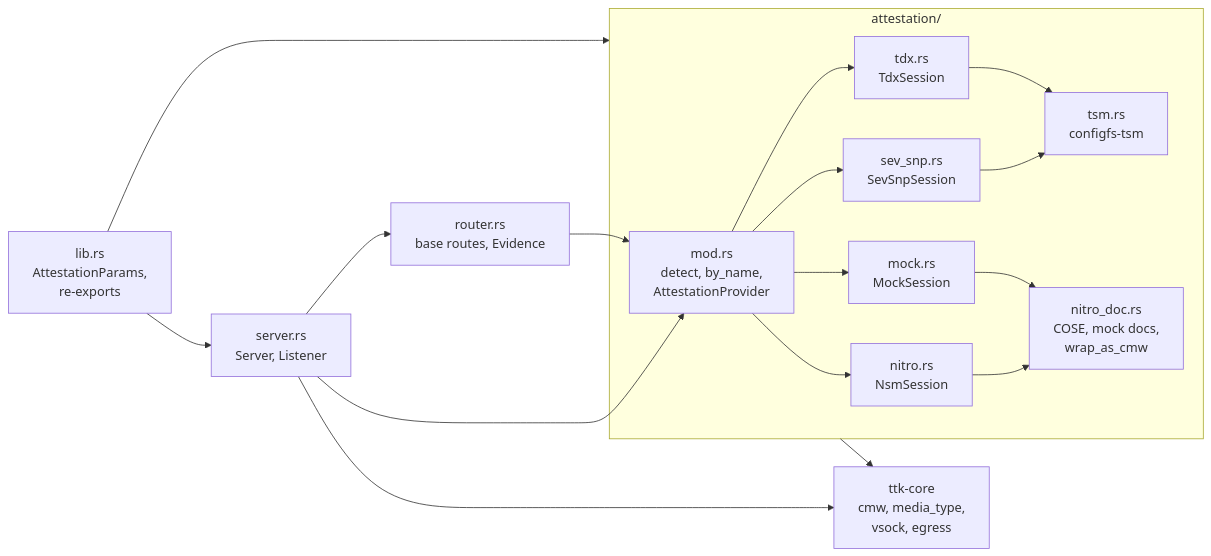
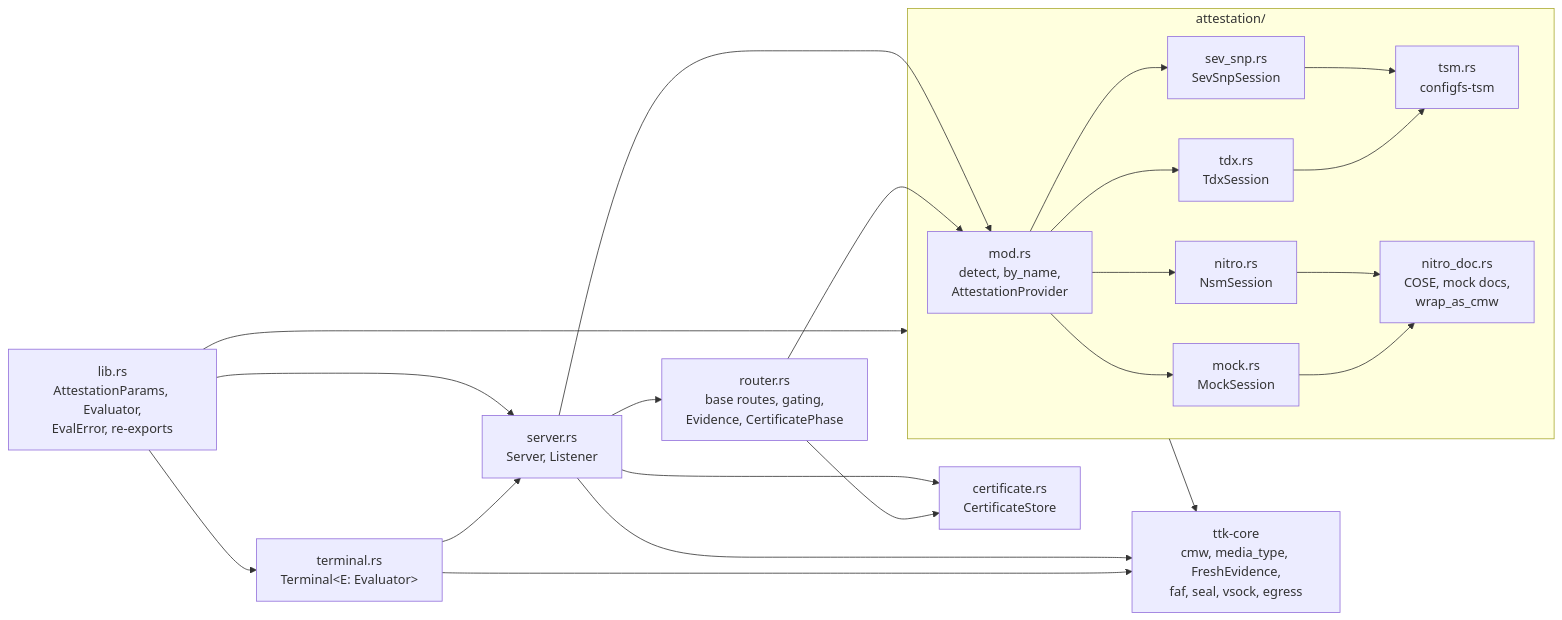
Before and after one commit to Lanetus/TTKServer: the first of 4 diagrams in docs/src/ra-server.md, drawn with Mermaid. The commit also changed other lines of this file and 14 other files, not shown here.

First line of the commit message:
feat: update the mdBook architecture docs to the current workspace (#94)

````diff
--- a/docs/src/ra-server.md
+++ b/docs/src/ra-server.md
@@ -11,29 +11,34 @@
 ```mermaid
 flowchart LR
-    lib["lib.rs<br/>AttestationParams,<br/>re-exports"]
+    lib["lib.rs<br/>AttestationParams, Evaluator,<br/>EvalError, re-exports"]
     subgraph att["attestation/"]
         mod["mod.rs<br/>detect, by_name,<br/>AttestationProvider"]
         nitro["nitro.rs<br/>NsmSession"]
         mock["mock.rs<br/>MockSession"]
         sev["sev_snp.rs<br/>SevSnpSession"]
         tdx["tdx.rs<br/>TdxSession"]
         tsm["tsm.rs<br/>configfs-tsm"]
         ndoc["nitro_doc.rs<br/>COSE, mock docs,<br/>wrap_as_cmw"]
     end
     server["server.rs<br/>Server, Listener"]
-    router["router.rs<br/>base routes, Evidence"]
-    core["ttk-core<br/>cmw, media_type,<br/>vsock, egress"]
+    cert["certificate.rs<br/>CertificateStore"]
+    router["router.rs<br/>base routes, gating,<br/>Evidence, CertificatePhase"]
+    terminal["terminal.rs<br/>Terminal&lt;E: Evaluator&gt;"]
+    core["ttk-core<br/>cmw, media_type, FreshEvidence,<br/>faf, seal, vsock, egress"]
 
-    lib --> att
-    lib --> server
+    lib --> att & server & terminal
     server --> mod
     server --> router
+    server --> cert
+    router --> cert
     router --> mod
+    terminal --> server
     mod --> nitro & mock & sev & tdx
     nitro --> ndoc
     mock --> ndoc
     sev --> tsm
     tdx --> tsm
     att --> core
     server --> core
+    terminal --> core
 ```
````
